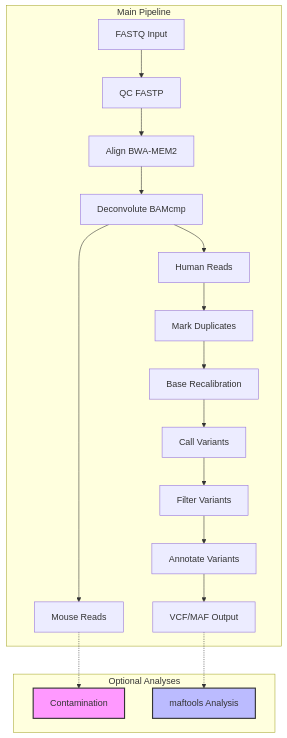
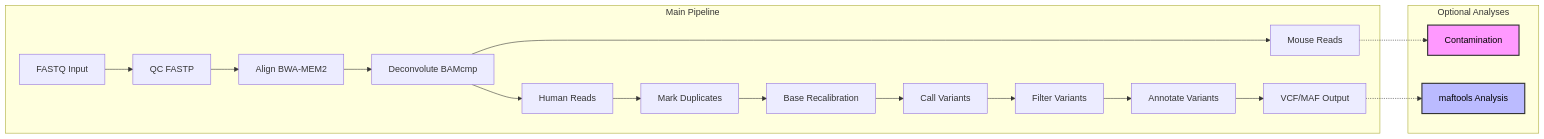
The diagram in README.md (tylergross97/pdx_somatic_variant_calling), drawn with Mermaid before and after one commit.

````diff
--- a/README.md
+++ b/README.md
@@ -48,26 +48,26 @@
 ```mermaid
-graph TD
+graph LR
     subgraph "Main Pipeline"
     A[FASTQ Input] --> B[QC FASTP]
     B --> C[Align BWA-MEM2]
     C --> D[Deconvolute BAMcmp]
     D --> E[Human Reads]
     D --> F[Mouse Reads]
     E --> G[Mark Duplicates]
     G --> H[Base Recalibration]
     H --> I[Call Variants]
     I --> J[Filter Variants]
     J --> K[Annotate Variants]
     K --> L[VCF/MAF Output]
     end
 
     subgraph "Optional Analyses"
-    style M fill:#f9f,stroke:#333,stroke-width:2px
-    style N fill:#bbf,stroke:#333,stroke-width:2px
+    style M fill:#f9f,stroke:#333,stroke-width:2px,color:#000
+    style N fill:#bbf,stroke:#333,stroke-width:2px,color:#000
     M[Contamination]
     N[maftools Analysis]
     end
 
     F -.-> M
     L -.-> N
 ```
````
